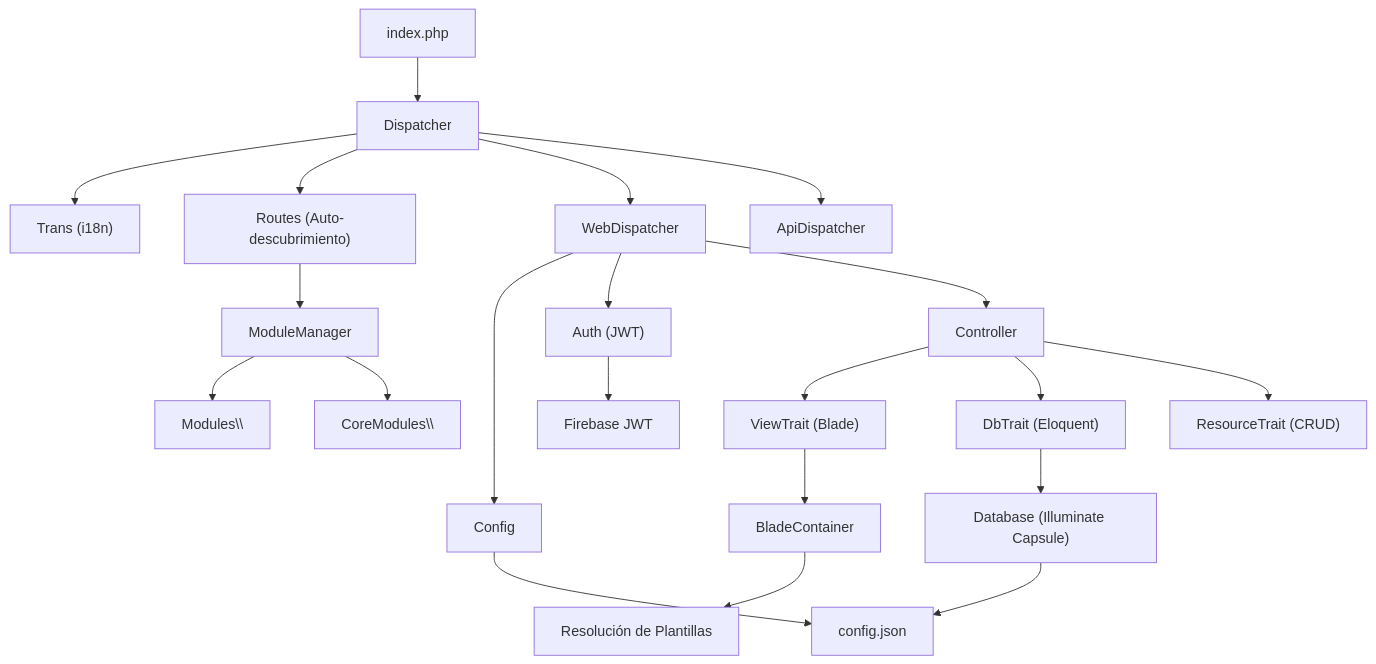
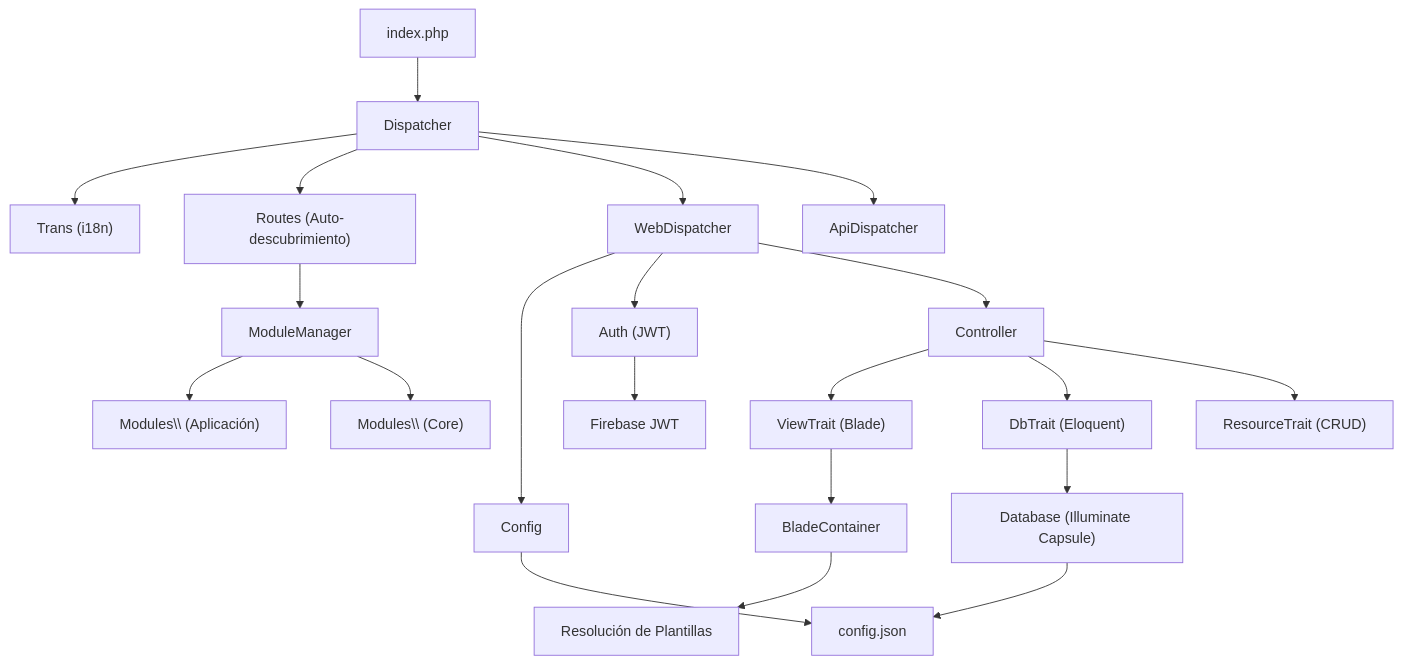
One commit to alxarafe/alxarafe changed the diagram in doc/es/arquitectura.md. Above: the diagram before and after it, drawn with Mermaid. The commit also changed other lines of this file and 330 other files, not shown here.

````diff
--- a/doc/es/arquitectura.md
+++ b/doc/es/arquitectura.md
@@ -128,28 +127,28 @@
 ```mermaid
 graph TD
     A["index.php"] --> B["Dispatcher"]
     B --> C["Trans (i18n)"]
     B --> D["Routes (Auto-descubrimiento)"]
     B --> E["WebDispatcher"]
     B --> F["ApiDispatcher"]
     
     E --> G["Config"]
     E --> H["Auth (JWT)"]
     E --> I["Controller"]
     
     I --> J["ViewTrait (Blade)"]
     I --> K["DbTrait (Eloquent)"]
     I --> L["ResourceTrait (CRUD)"]
     
     K --> M["Database (Illuminate Capsule)"]
     J --> N["BladeContainer"]
     N --> O["Resolución de Plantillas"]
     
     G --> P["config.json"]
     M --> P
     H --> Q["Firebase JWT"]
     
     D --> R["ModuleManager"]
-    R --> S["Modules\\"]
-    R --> T["CoreModules\\"]
+    R --> S["Modules\\ (Aplicación)"]
+    R --> T["Modules\\ (Core)"]
 ```
````
